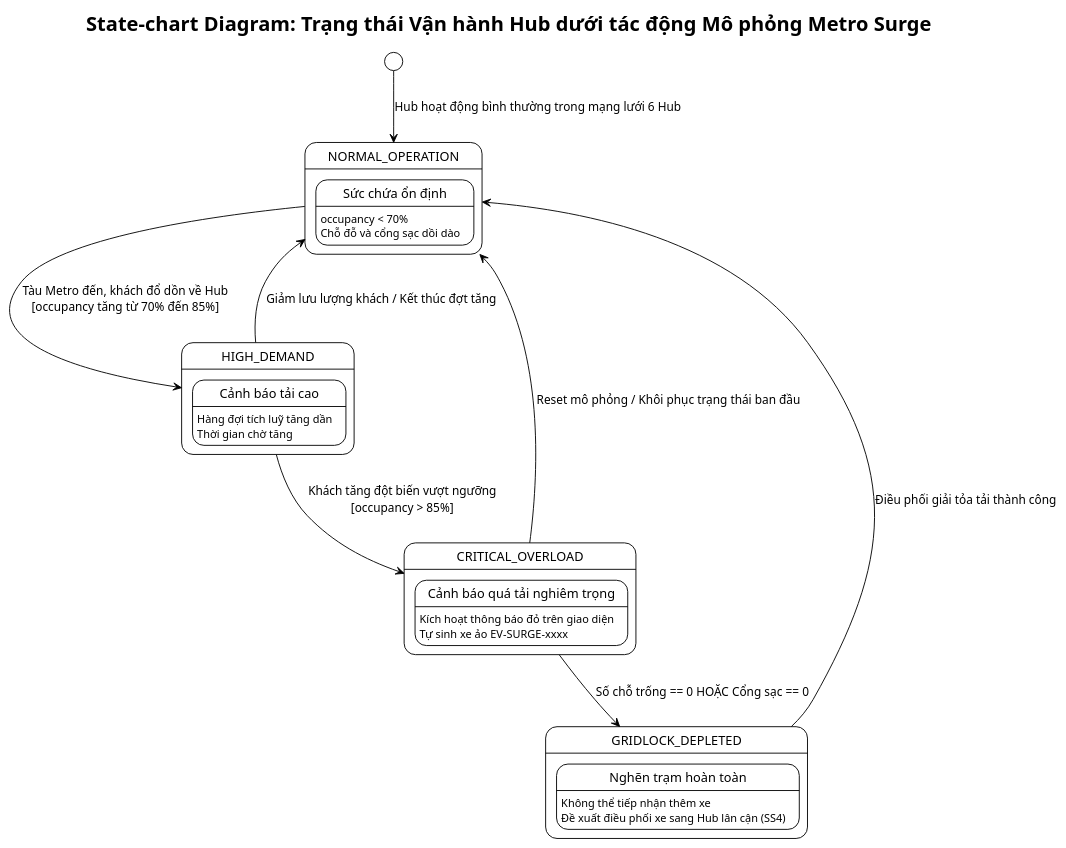
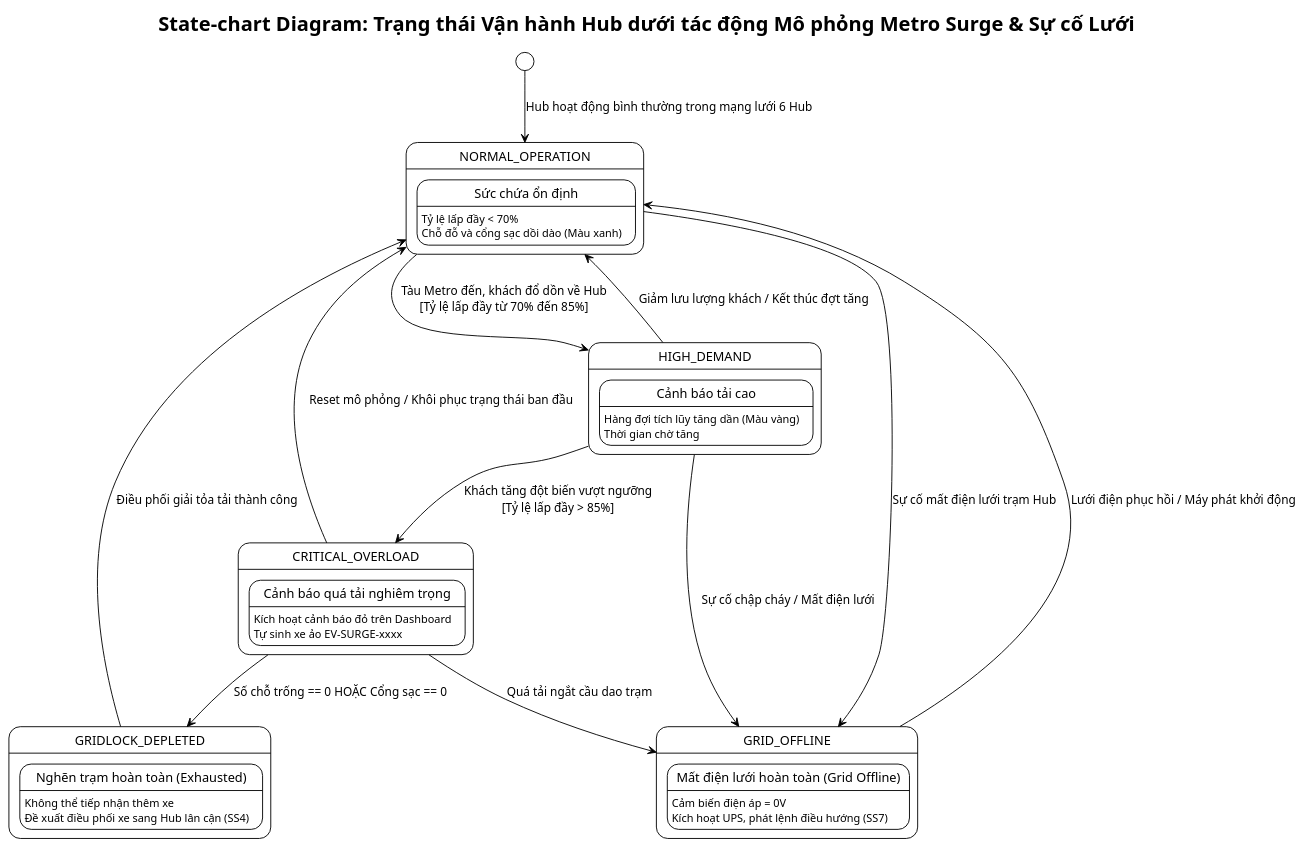
The diagram in docs/diagrams/Use-case detail-scenario/SS6/State-chart diagrams/UC_SS6_Hub_Operational_statechart.puml (Dat-nguyen195/BTL_1_CNPM), drawn with PlantUML before and after one commit. The commit also changed 4 other files, not shown here.

Commit message:
fix(report): synchronize state-charts with specification tables (Task 3)

```diff
--- a/docs/diagrams/Use-case detail-scenario/SS6/State-chart diagrams/UC_SS6_Hub_Operational_statechart.puml
+++ b/docs/diagrams/Use-case detail-scenario/SS6/State-chart diagrams/UC_SS6_Hub_Operational_statechart.puml
@@ -1,42 +1,53 @@
 @startuml UC_SS6_Hub_Operational_statechart
 !theme plain
 hide empty description
 
-title State-chart Diagram: Trạng thái Vận hành Hub dưới tác động Mô phỏng Metro Surge
+title State-chart Diagram: Trạng thái Vận hành Hub dưới tác động Mô phỏng Metro Surge & Sự cố Lưới
 
 [*] --> NORMAL_OPERATION : Hub hoạt động bình thường trong mạng lưới 6 Hub
 
 state NORMAL_OPERATION {
     state "Sức chứa ổn định" as STABLE
-    STABLE : occupancy < 70%
-    STABLE : Chỗ đỗ và cổng sạc dồi dào
+    STABLE : Tỷ lệ lấp đầy < 70%
+    STABLE : Chỗ đỗ và cổng sạc dồi dào (Màu xanh)
 }
 
-NORMAL_OPERATION --> HIGH_DEMAND : Tàu Metro đến, khách đổ dồn về Hub\n[occupancy tăng từ 70% đến 85%]
+NORMAL_OPERATION --> HIGH_DEMAND : Tàu Metro đến, khách đổ dồn về Hub\n[Tỷ lệ lấp đầy từ 70% đến 85%]
 
 state HIGH_DEMAND {
     state "Cảnh báo tải cao" as ELEVATED_LOAD
-    ELEVATED_LOAD : Hàng đợi tích luỹ tăng dần
+    ELEVATED_LOAD : Hàng đợi tích lũy tăng dần (Màu vàng)
     ELEVATED_LOAD : Thời gian chờ tăng
 }
 
-HIGH_DEMAND --> CRITICAL_OVERLOAD : Khách tăng đột biến vượt ngưỡng\n[occupancy > 85%]
+HIGH_DEMAND --> CRITICAL_OVERLOAD : Khách tăng đột biến vượt ngưỡng\n[Tỷ lệ lấp đầy > 85%]
 state CRITICAL_OVERLOAD {
     state "Cảnh báo quá tải nghiêm trọng" as OVERLOADED
-    OVERLOADED : Kích hoạt thông báo đỏ trên giao diện
+    OVERLOADED : Kích hoạt cảnh báo đỏ trên Dashboard
     OVERLOADED : Tự sinh xe ảo EV-SURGE-xxxx
 }
 
 HIGH_DEMAND --> NORMAL_OPERATION : Giảm lưu lượng khách / Kết thúc đợt tăng
 CRITICAL_OVERLOAD --> GRIDLOCK_DEPLETED : Số chỗ trống == 0 HOẶC Cổng sạc == 0
 
 state GRIDLOCK_DEPLETED {
-    state "Nghẽn trạm hoàn toàn" as BLOCKED
+    state "Nghẽn trạm hoàn toàn (Exhausted)" as BLOCKED
     BLOCKED : Không thể tiếp nhận thêm xe
     BLOCKED : Đề xuất điều phối xe sang Hub lân cận (SS4)
 }
 
 GRIDLOCK_DEPLETED --> NORMAL_OPERATION : Điều phối giải tỏa tải thành công
 CRITICAL_OVERLOAD --> NORMAL_OPERATION : Reset mô phỏng / Khôi phục trạng thái ban đầu
 
+state GRID_OFFLINE {
+    state "Mất điện lưới hoàn toàn (Grid Offline)" as POWER_OUTAGE
+    POWER_OUTAGE : Cảm biến điện áp = 0V
+    POWER_OUTAGE : Kích hoạt UPS, phát lệnh điều hướng (SS7)
+}
+
+NORMAL_OPERATION --> GRID_OFFLINE : Sự cố mất điện lưới trạm Hub
+HIGH_DEMAND --> GRID_OFFLINE : Sự cố chập cháy / Mất điện lưới
+CRITICAL_OVERLOAD --> GRID_OFFLINE : Quá tải ngắt cầu dao trạm
+GRID_OFFLINE --> NORMAL_OPERATION : Lưới điện phục hồi / Máy phát khởi động
+
 @enduml
```
